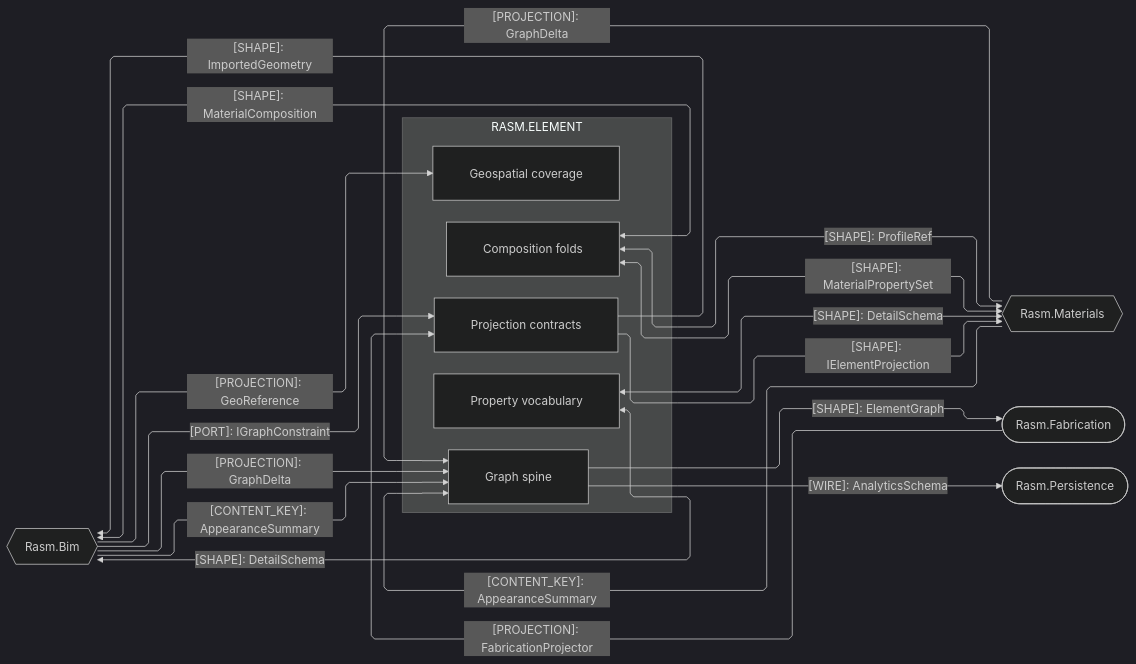
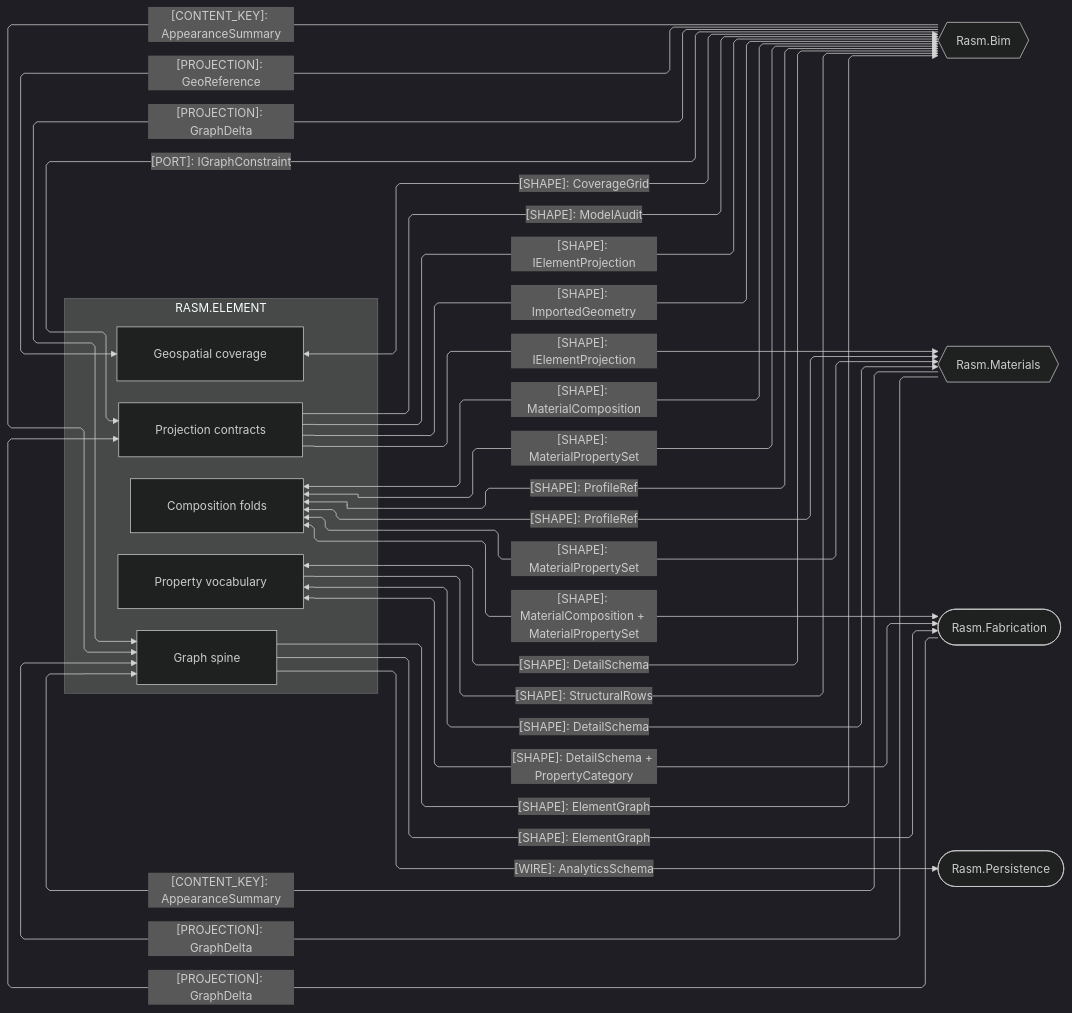
One commit to bsamiee/Rasm changed the second of 3 diagrams in libs/csharp/Rasm.Element/ARCHITECTURE.md. Above: the diagram before and after it, drawn with Mermaid (dark theme). The commit also changed other lines of this file and 747 other files, not shown here.

````diff
--- a/libs/csharp/Rasm.Element/ARCHITECTURE.md
+++ b/libs/csharp/Rasm.Element/ARCHITECTURE.md
@@ -124,39 +128,48 @@
 ```mermaid
 ---
 config:
   layout: elk
   flowchart:
     curve: linear
     padding: 25
 ---
 flowchart LR
     accTitle: Element AEC-domain projection seams
     accDescr: Element sub-domain owners exchanging projections and neutral shapes with the AEC peers Bim, Materials, and Fabrication and handing columnar row schemas to the Persistence custodian, one edge per contract family mirrored on the counterpart folder.
     subgraph element[RASM.ELEMENT]
         Graph[Graph spine]
         Projection[Projection contracts]
         Composition[Composition folds]
         Properties[Property vocabulary]
         Geospatial[Geospatial coverage]
     end
     Bim{{Rasm.Bim}}
     Materials{{Rasm.Materials}}
     Fabrication([Rasm.Fabrication])
     Persistence([Rasm.Persistence])
     Bim -->|"[PROJECTION]: GraphDelta"| Graph
     Materials -->|"[PROJECTION]: GraphDelta"| Graph
+    Graph -->|"[SHAPE]: ElementGraph"| Bim
     Graph -->|"[SHAPE]: ElementGraph"| Fabrication
     Graph -->|"[WIRE]: AnalyticsSchema"| Persistence
     Bim -->|"[PORT]: IGraphConstraint"| Projection
-    Fabrication -->|"[PROJECTION]: FabricationProjector"| Projection
+    Fabrication -->|"[PROJECTION]: GraphDelta"| Projection
     Projection -->|"[SHAPE]: IElementProjection"| Materials
+    Projection -->|"[SHAPE]: IElementProjection"| Bim
     Composition <-->|"[SHAPE]: MaterialComposition"| Bim
+    Composition <-->|"[SHAPE]: MaterialPropertySet"| Bim
+    Composition <-->|"[SHAPE]: ProfileRef"| Bim
     Composition <-->|"[SHAPE]: ProfileRef"| Materials
     Composition <-->|"[SHAPE]: MaterialPropertySet"| Materials
+    Composition <-->|"[SHAPE]: MaterialComposition + MaterialPropertySet"| Fabrication
     Materials -->|"[CONTENT_KEY]: AppearanceSummary"| Graph
     Bim -->|"[CONTENT_KEY]: AppearanceSummary"| Graph
     Properties <-->|"[SHAPE]: DetailSchema"| Bim
     Properties <-->|"[SHAPE]: DetailSchema"| Materials
+    Properties <-->|"[SHAPE]: DetailSchema + PropertyCategory"| Fabrication
+    Properties -->|"[SHAPE]: StructuralRows"| Bim
     Bim -->|"[PROJECTION]: GeoReference"| Geospatial
+    Geospatial <-->|"[SHAPE]: CoverageGrid"| Bim
     Projection -->|"[SHAPE]: ImportedGeometry"| Bim
+    Projection -->|"[SHAPE]: ModelAudit"| Bim
 ```
````
